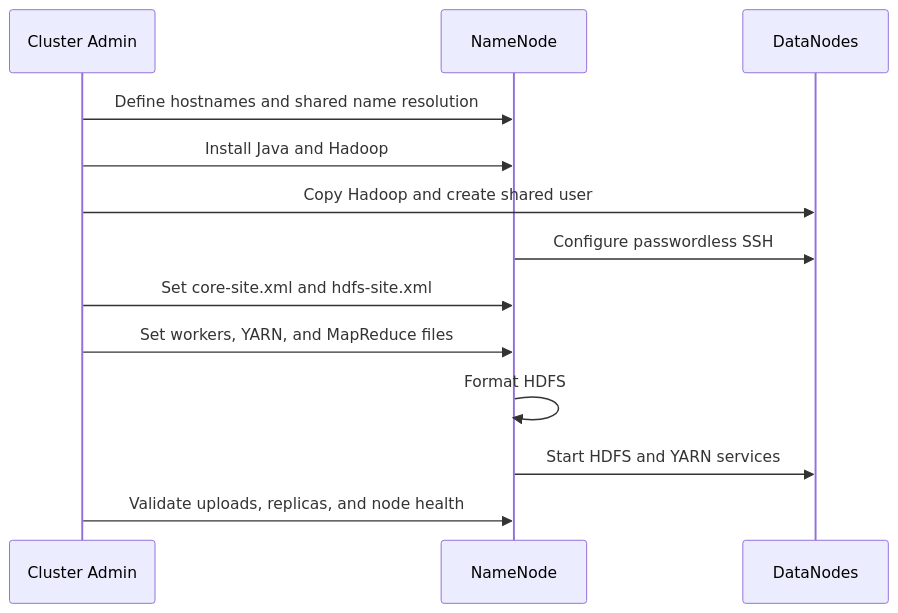
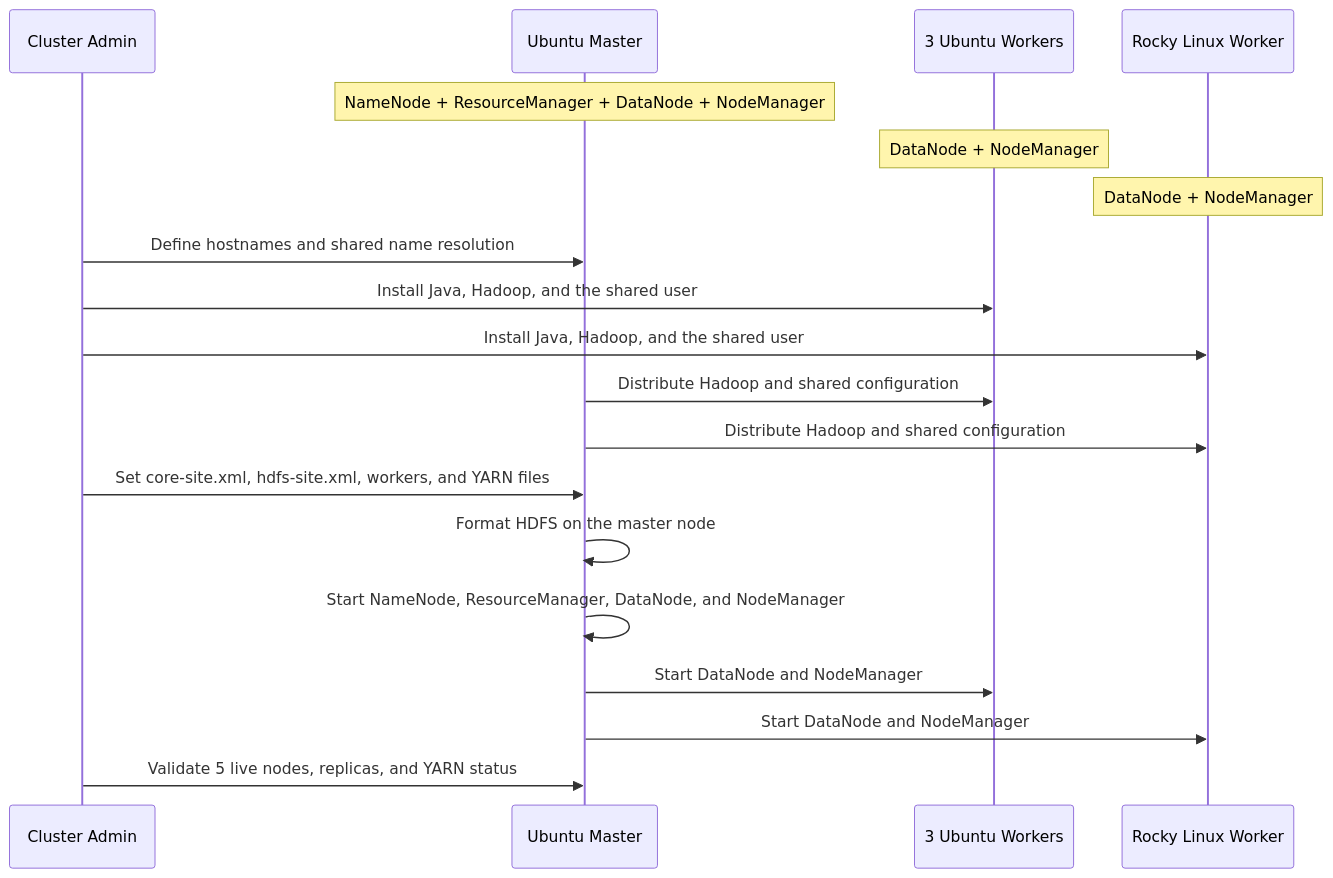
One commit to CarefreeHarp/DistributedSystems changed the second of 2 diagrams in HDFS/README.md. Above: the diagram before and after it, drawn with Mermaid. The commit also changed other lines of this file and 1 other file, not shown here.

Commit message:
HDFS Cluster

````diff
--- a/HDFS/README.md
+++ b/HDFS/README.md
@@ -30,16 +42,23 @@
 ```mermaid
 sequenceDiagram
     participant Admin as Cluster Admin
-    participant Master as NameNode
-    participant Workers as DataNodes
+    participant Master as Ubuntu Master
+    participant UbuntuWorkers as 3 Ubuntu Workers
+    participant RockyWorker as Rocky Linux Worker
+
+    Note over Master: NameNode + ResourceManager + DataNode + NodeManager
+    Note over UbuntuWorkers: DataNode + NodeManager
+    Note over RockyWorker: DataNode + NodeManager
 
     Admin->>Master: Define hostnames and shared name resolution
-    Admin->>Master: Install Java and Hadoop
-    Admin->>Workers: Copy Hadoop and create shared user
-    Master->>Workers: Configure passwordless SSH
-    Admin->>Master: Set core-site.xml and hdfs-site.xml
-    Admin->>Master: Set workers, YARN, and MapReduce files
-    Master->>Master: Format HDFS
-    Master->>Workers: Start HDFS and YARN services
-    Admin->>Master: Validate uploads, replicas, and node health
+    Admin->>UbuntuWorkers: Install Java, Hadoop, and the shared user
+    Admin->>RockyWorker: Install Java, Hadoop, and the shared user
+    Master->>UbuntuWorkers: Distribute Hadoop and shared configuration
+    Master->>RockyWorker: Distribute Hadoop and shared configuration
+    Admin->>Master: Set core-site.xml, hdfs-site.xml, workers, and YARN files
+    Master->>Master: Format HDFS on the master node
+    Master->>Master: Start NameNode, ResourceManager, DataNode, and NodeManager
+    Master->>UbuntuWorkers: Start DataNode and NodeManager
+    Master->>RockyWorker: Start DataNode and NodeManager
+    Admin->>Master: Validate 5 live nodes, replicas, and YARN status
 ```
````
